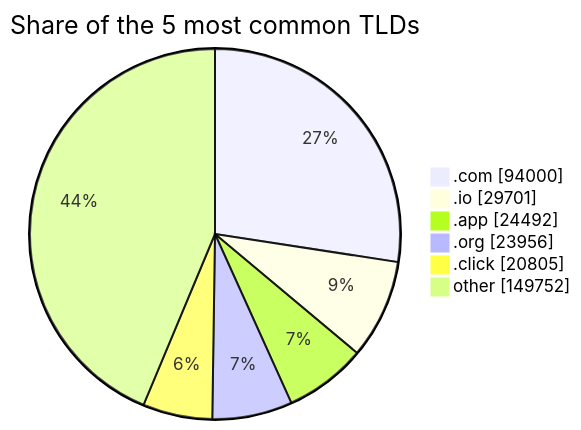
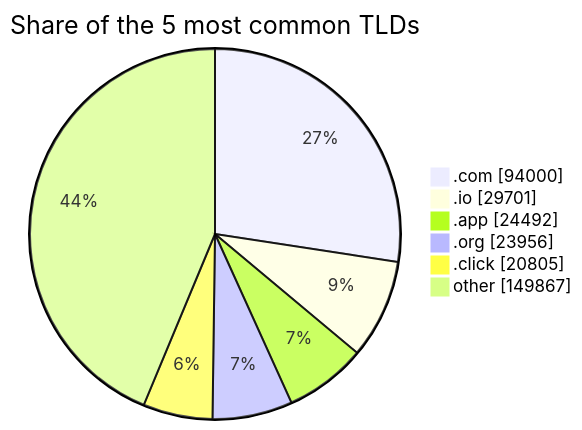
Before and after one commit to DNSBunker/CTI: the third of 3 diagrams in README.md, drawn with Mermaid. The commit also changed other lines of this file and 3 other files, not shown here.

````diff
--- a/README.md
+++ b/README.md
@@ -81,9 +81,9 @@
 ```mermaid
 pie showData title Share of the 5 most common TLDs
     ".com" : 94000
     ".io" : 29701
     ".app" : 24492
     ".org" : 23956
     ".click" : 20805
-    "other" : 149752
+    "other" : 149867
 ```
````
